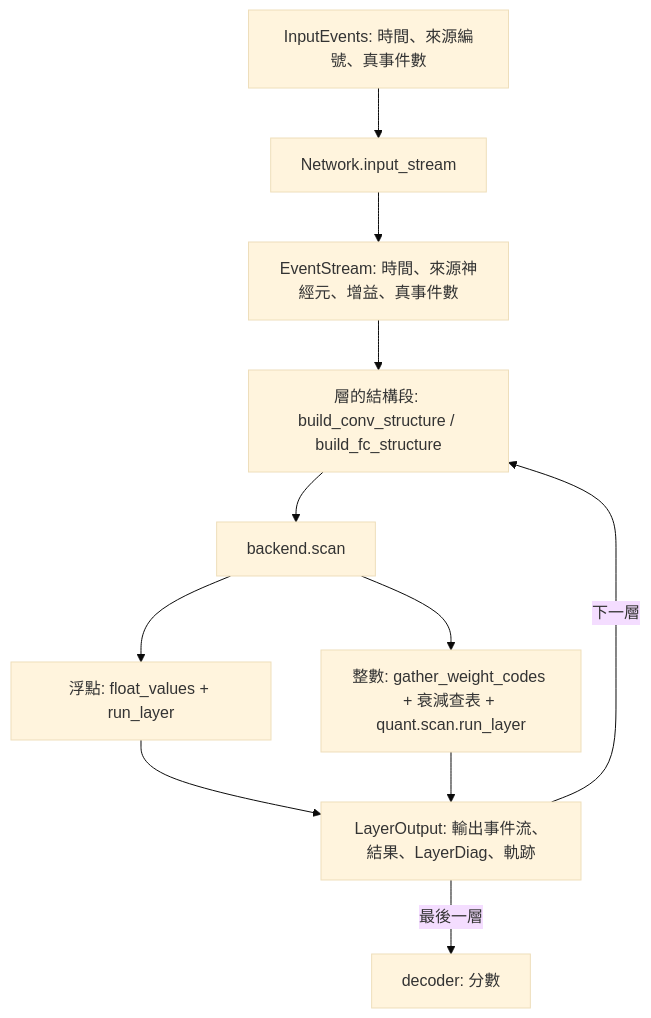
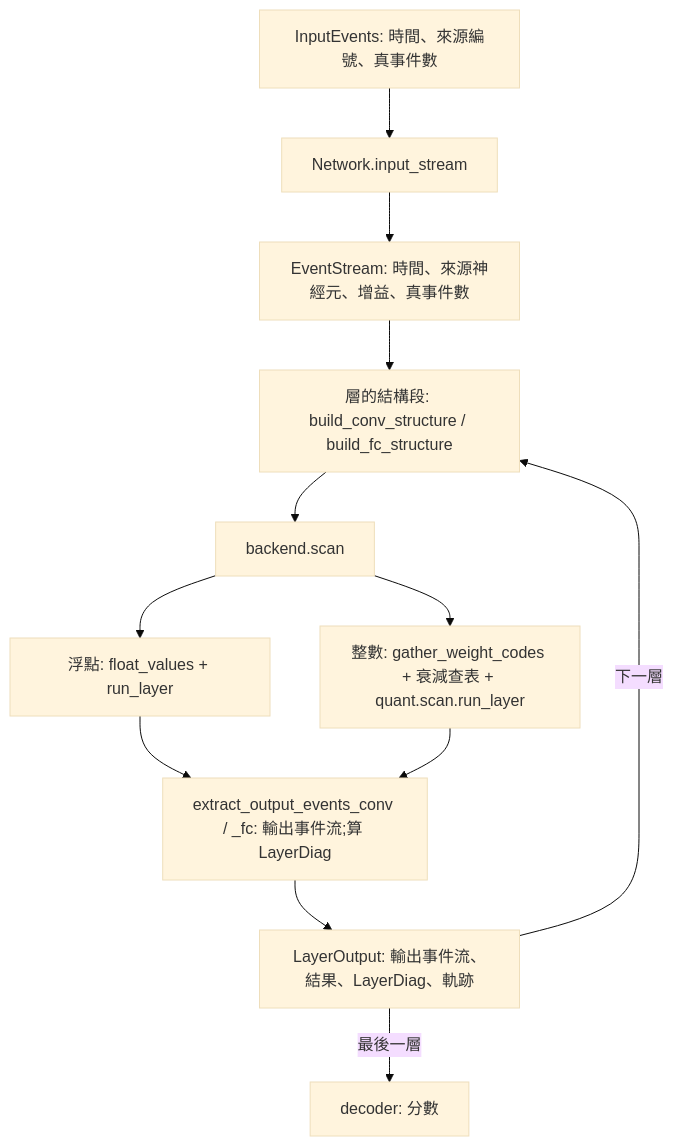
One commit to Salt-Shio/Spiking-Affine-Lazy-Training changed the first of 3 diagrams in docs/架構.md. Above: the diagram before and after it, drawn with Mermaid (base theme). The commit also changed other lines of this file, not shown here.

Commit message:
架構.md 跟上現況:資料流補抽輸出流、新增量化轉換流程圖、檔案表補漏

````diff
--- a/docs/架構.md
+++ b/docs/架構.md
@@ -22,13 +22,14 @@
 ```mermaid
 flowchart TD
     RAW["InputEvents: 時間、來源編號、真事件數"] --> IN["Network.input_stream"]
     IN --> ES["EventStream: 時間、來源神經元、增益、真事件數"]
     ES --> ST["層的結構段: build_conv_structure / build_fc_structure"]
     ST --> BK["backend.scan"]
     BK --> FB["浮點: float_values + run_layer"]
     BK --> QB["整數: gather_weight_codes + 衰減查表 + quant.scan.run_layer"]
-    FB --> OUT["LayerOutput: 輸出事件流、結果、LayerDiag、軌跡"]
-    QB --> OUT
+    FB --> EXT["extract_output_events_conv / _fc: 輸出事件流;算 LayerDiag"]
+    QB --> EXT
+    EXT --> OUT["LayerOutput: 輸出事件流、結果、LayerDiag、軌跡"]
     OUT -->|"下一層"| ST
     OUT -->|"最後一層"| DEC["decoder: 分數"]
 ```
````
